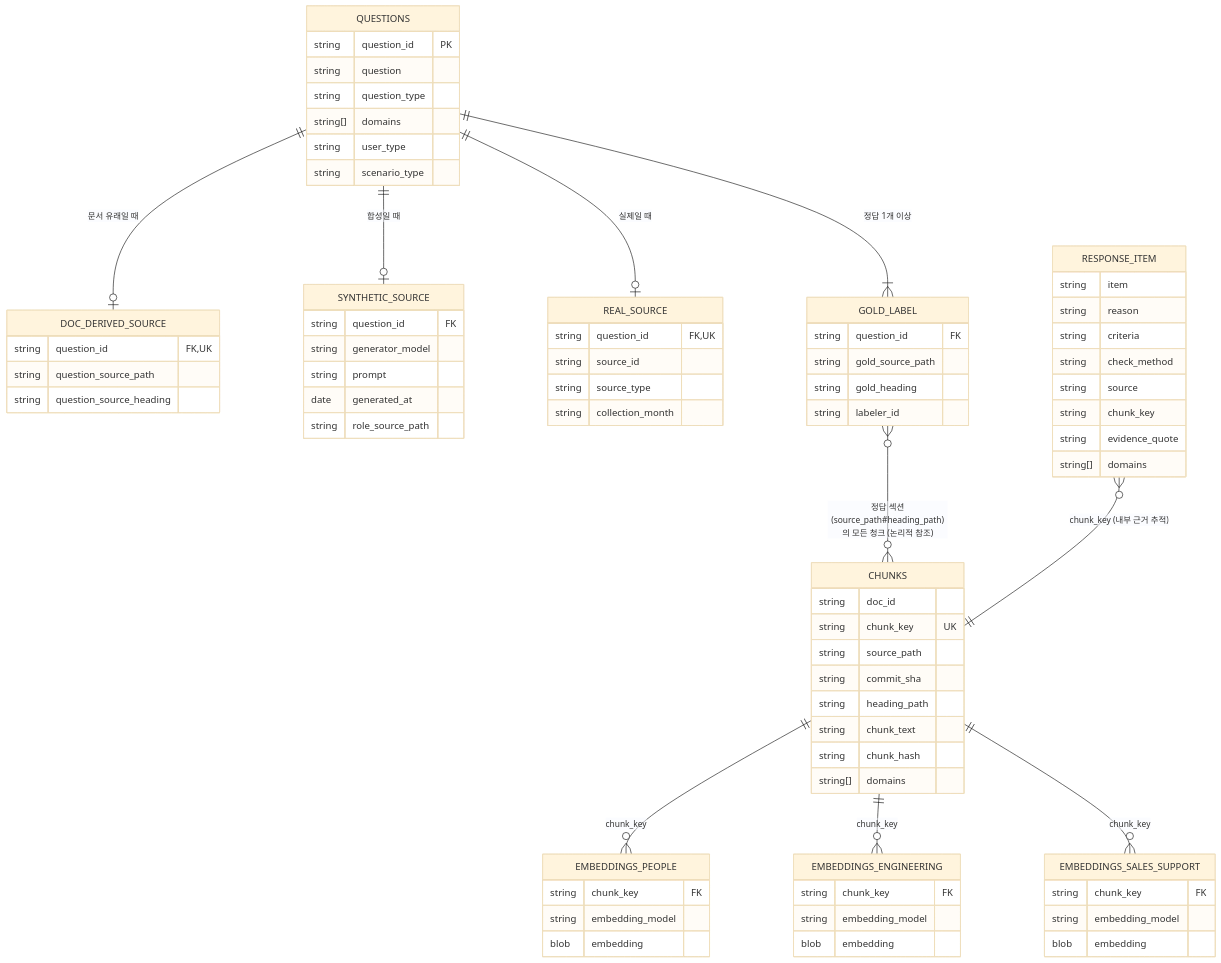
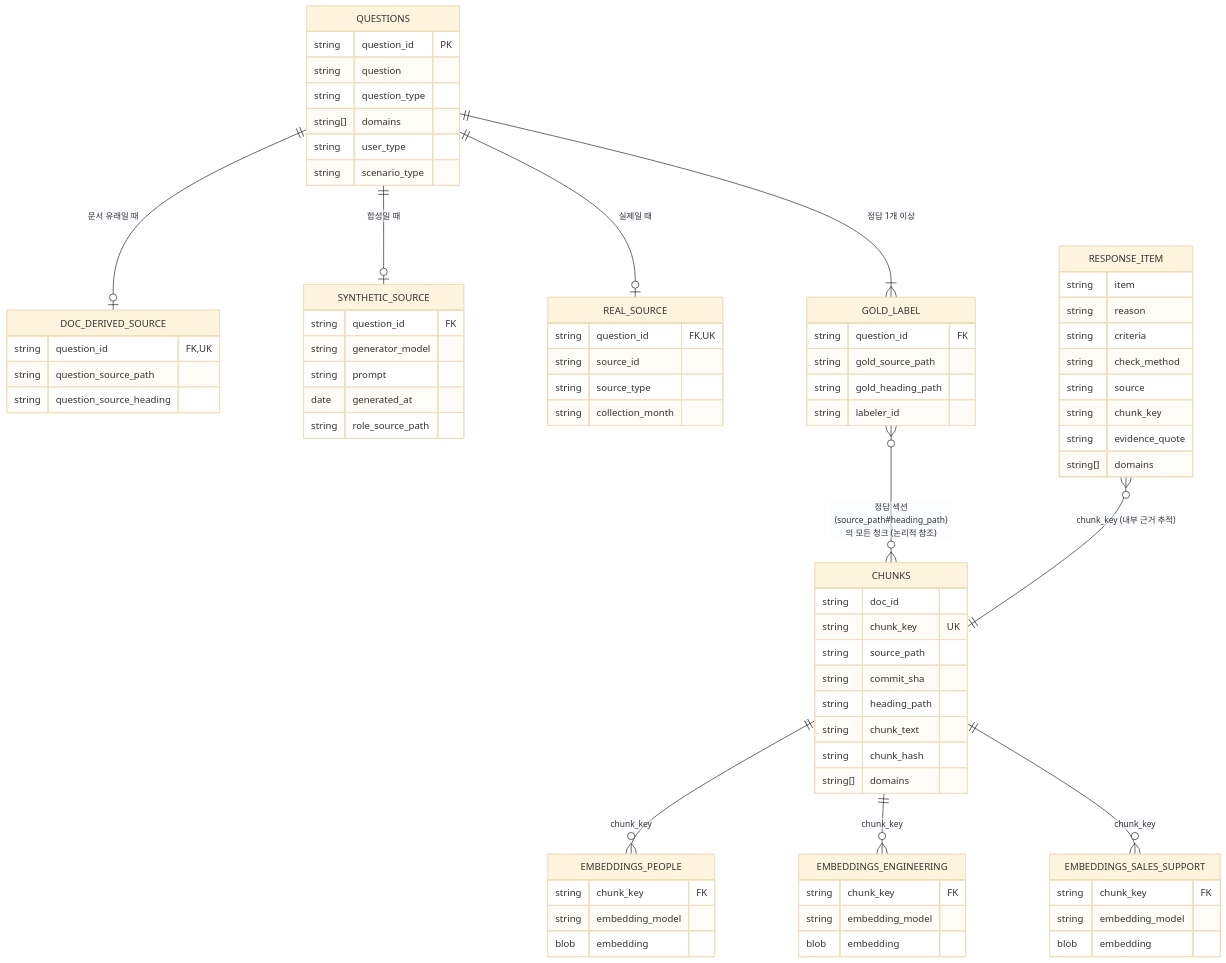
One commit to jh3779/recall-casebook changed the diagram in docs/ERD.md. Above: the diagram before and after it, drawn with Mermaid (base theme). The commit also changed other lines of this file and 3 other files, not shown here.

Commit message:
docs: 병합 순서 조정과 chunk_key 확정 시 ERD 갱신 조건, 정답 섹션 경로 통일

````diff
--- a/docs/ERD.md
+++ b/docs/ERD.md
@@ -7,80 +7,80 @@
 ```mermaid
 erDiagram
     CHUNKS {
         string doc_id
         string chunk_key UK
         string source_path
         string commit_sha
         string heading_path
         string chunk_text
         string chunk_hash
         string[] domains
     }
     EMBEDDINGS_PEOPLE {
         string chunk_key FK
         string embedding_model
         blob embedding
     }
     EMBEDDINGS_ENGINEERING {
         string chunk_key FK
         string embedding_model
         blob embedding
     }
     EMBEDDINGS_SALES_SUPPORT {
         string chunk_key FK
         string embedding_model
         blob embedding
     }
     QUESTIONS {
         string question_id PK
         string question
         string question_type
         string[] domains
         string user_type
         string scenario_type
     }
     DOC_DERIVED_SOURCE {
         string question_id FK, UK
         string question_source_path
         string question_source_heading
     }
     SYNTHETIC_SOURCE {
         string question_id FK
         string generator_model
         string prompt
         date generated_at
         string role_source_path
     }
     REAL_SOURCE {
         string question_id FK, UK
         string source_id
         string source_type
         string collection_month
     }
     GOLD_LABEL {
         string question_id FK
         string gold_source_path
-        string gold_heading
+        string gold_heading_path
         string labeler_id
     }
     RESPONSE_ITEM {
         string item
         string reason
         string criteria
         string check_method
         string source
         string chunk_key
         string evidence_quote
         string[] domains
     }
 
     CHUNKS ||--o{ EMBEDDINGS_PEOPLE : "chunk_key"
     CHUNKS ||--o{ EMBEDDINGS_ENGINEERING : "chunk_key"
     CHUNKS ||--o{ EMBEDDINGS_SALES_SUPPORT : "chunk_key"
     QUESTIONS ||--o| DOC_DERIVED_SOURCE : "문서 유래일 때"
     QUESTIONS ||--o| SYNTHETIC_SOURCE : "합성일 때"
     QUESTIONS ||--o| REAL_SOURCE : "실제일 때"
     QUESTIONS ||--|{ GOLD_LABEL : "정답 1개 이상"
     GOLD_LABEL }o--o{ CHUNKS : "정답 섹션(source_path#heading_path)의 모든 청크 (논리적 참조)"
     RESPONSE_ITEM }o--|| CHUNKS : "chunk_key (내부 근거 추적)"
 ```
````
